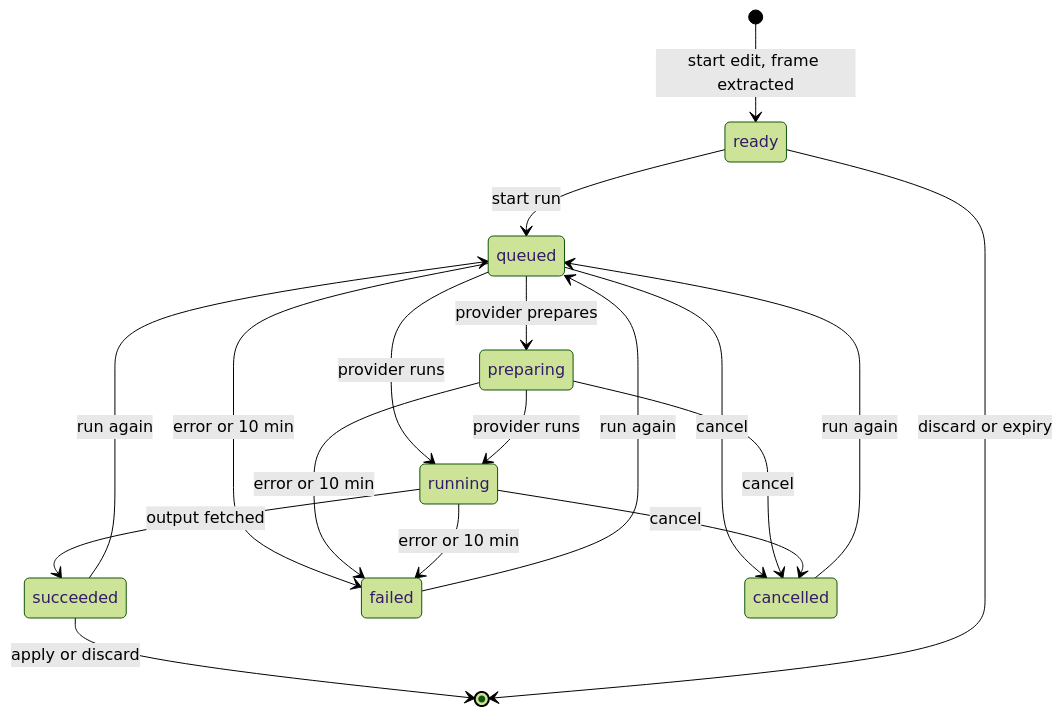
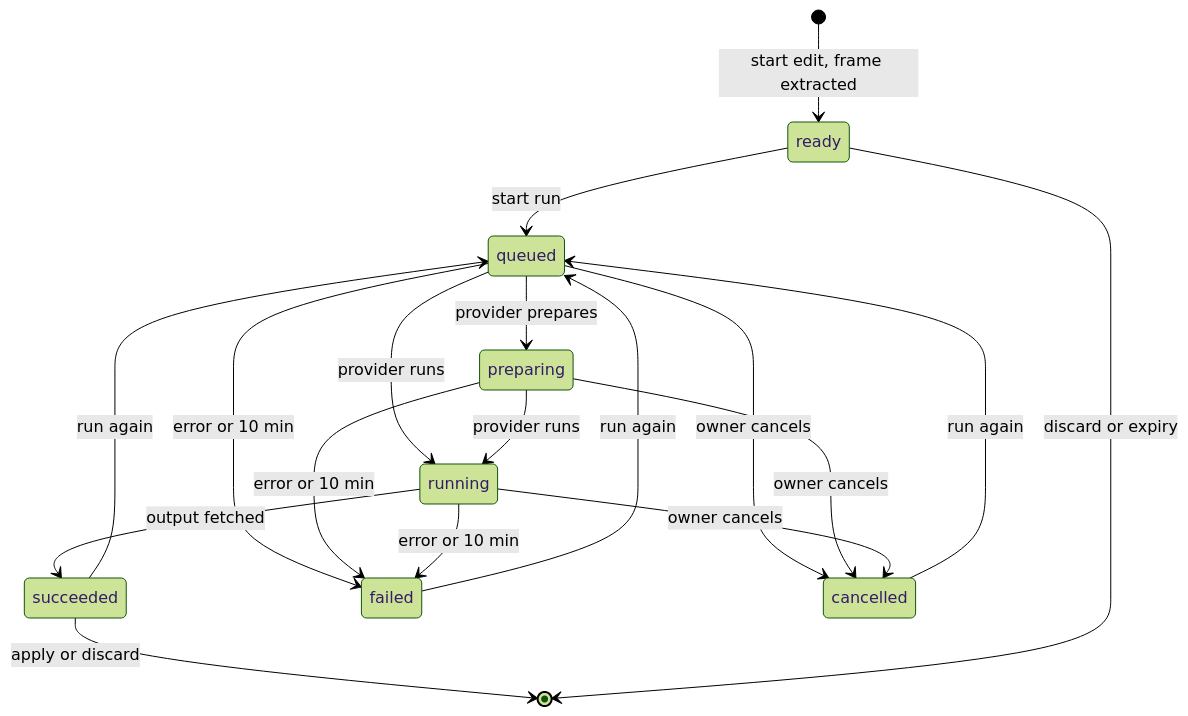
Before and after one commit to syudead/vv: the diagram in specs/045-comfyui-thumbnails/data-model.md, drawn with Mermaid (forest theme). The commit also changed other lines of this file and 1 other file, not shown here.

Commit message:
plan: 045 の文言を明確にする
Claude-Session: https://claude.ai/code/session_01HnA2WxFcq6Esu4y5rzLT5P

````diff
--- a/specs/045-comfyui-thumbnails/data-model.md
+++ b/specs/045-comfyui-thumbnails/data-model.md
@@ -90,20 +90,20 @@
 ```mermaid
 stateDiagram-v2
   [*] --> ready: start edit, frame extracted
   ready --> queued: start run
   queued --> preparing: provider prepares
   queued --> running: provider runs
   preparing --> running: provider runs
   running --> succeeded: output fetched
   queued --> failed: error or 10 min
   preparing --> failed: error or 10 min
   running --> failed: error or 10 min
-  queued --> cancelled: cancel
-  preparing --> cancelled: cancel
-  running --> cancelled: cancel
+  queued --> cancelled: owner cancels
+  preparing --> cancelled: owner cancels
+  running --> cancelled: owner cancels
   succeeded --> queued: run again
   failed --> queued: run again
   cancelled --> queued: run again
   succeeded --> [*]: apply or discard
   ready --> [*]: discard or expiry
 ```
````
